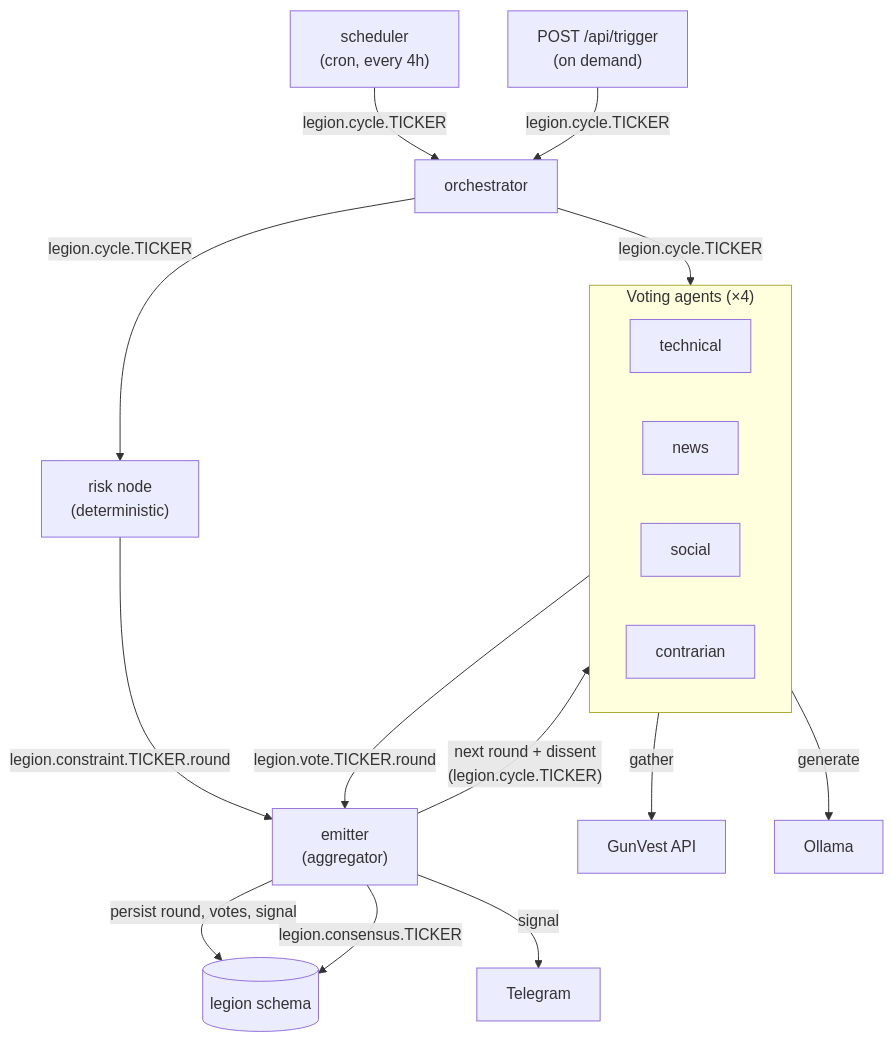
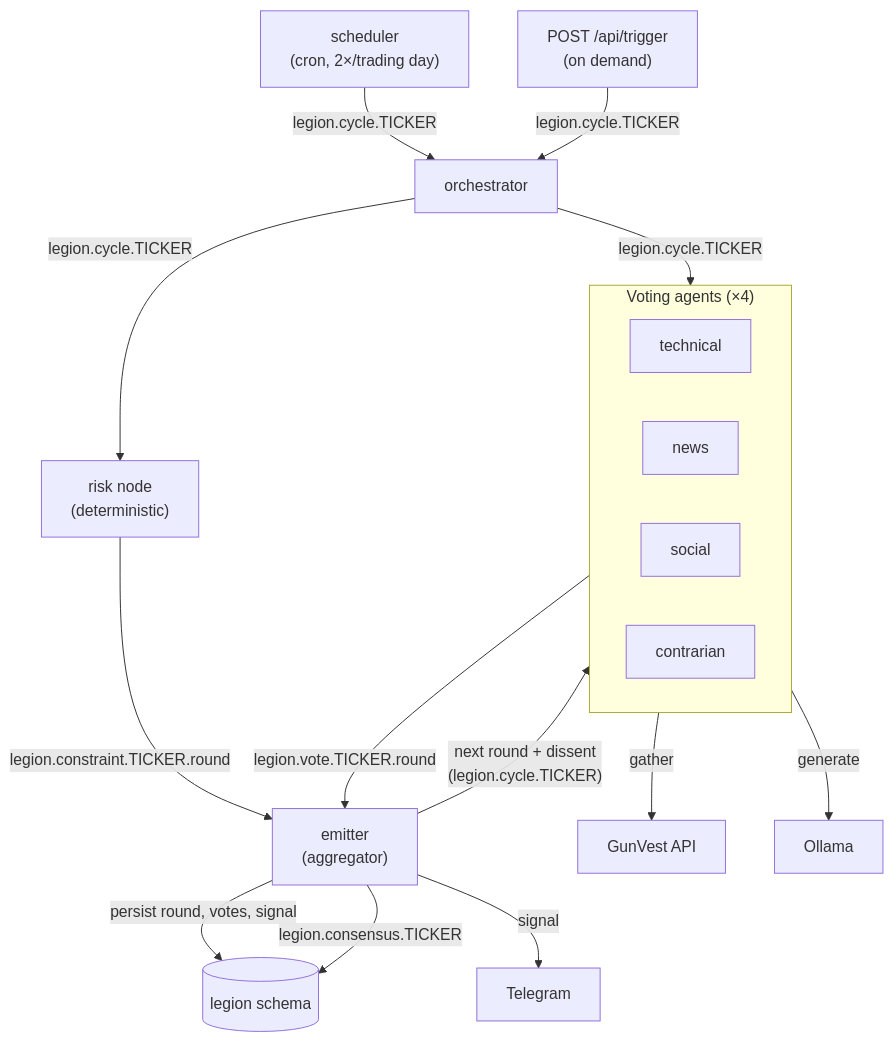
The second of 7 diagrams in docs/ARCHITECTURE.md (givewgun/legion), drawn with Mermaid before and after one commit. The commit also changed 10 other files, not shown here.

````diff
--- a/docs/ARCHITECTURE.md
+++ b/docs/ARCHITECTURE.md
@@ -55,35 +55,35 @@
 ```mermaid
 flowchart TB
-    scheduler["scheduler<br/>(cron, every 4h)"]
+    scheduler["scheduler<br/>(cron, 2×/trading day)"]
     trigger["POST /api/trigger<br/>(on demand)"]
     orchestrator["orchestrator"]
 
     subgraph agents["Voting agents (×4)"]
         technical["technical"]
         news["news"]
         social["social"]
         contrarian["contrarian"]
     end
 
     risk["risk node<br/>(deterministic)"]
     emitter["emitter<br/>(aggregator)"]
     gunvest["GunVest API"]
     ollama["Ollama"]
     db[("legion schema")]
     tg["Telegram"]
 
     scheduler -->|"legion.cycle.TICKER"| orchestrator
     trigger -->|"legion.cycle.TICKER"| orchestrator
     orchestrator -->|"legion.cycle.TICKER"| agents
     orchestrator -->|"legion.cycle.TICKER"| risk
 
     agents -->|gather| gunvest
     agents -->|generate| ollama
     agents -->|"legion.vote.TICKER.round"| emitter
     risk -->|"legion.constraint.TICKER.round"| emitter
 
     emitter -->|"next round + dissent<br/>(legion.cycle.TICKER)"| agents
     emitter -->|"persist round, votes, signal"| db
     emitter -->|signal| tg
     emitter -->|"legion.consensus.TICKER"| db
 ```
````
